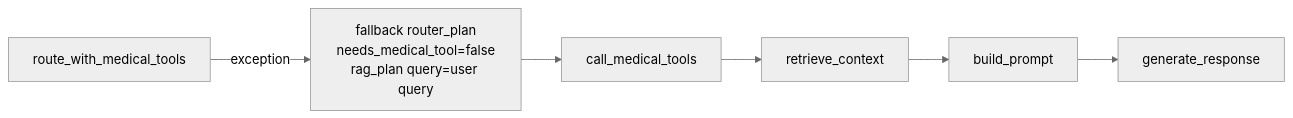
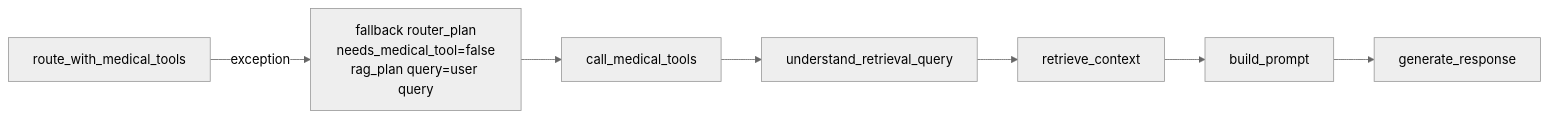
One commit to Ngoc-Quy-az1/VitalAI changed diagram 13 of 15 in doc/LangGraph_Tree.md. Above: the diagram before and after it, drawn with Mermaid (neutral theme). The commit also changed other lines of this file and 31 other files, not shown here.

````diff
--- a/doc/LangGraph_Tree.md
+++ b/doc/LangGraph_Tree.md
@@ -574,5 +644,5 @@
 ```mermaid
 flowchart LR
     route_with_medical_tools -->|"exception"| fallback["fallback router_plan<br/>needs_medical_tool=false<br/>rag_plan query=user query"]
-    fallback --> call_medical_tools --> retrieve_context --> build_prompt --> generate_response
+    fallback --> call_medical_tools --> understand_retrieval_query --> retrieve_context --> build_prompt --> generate_response
 ```
````
